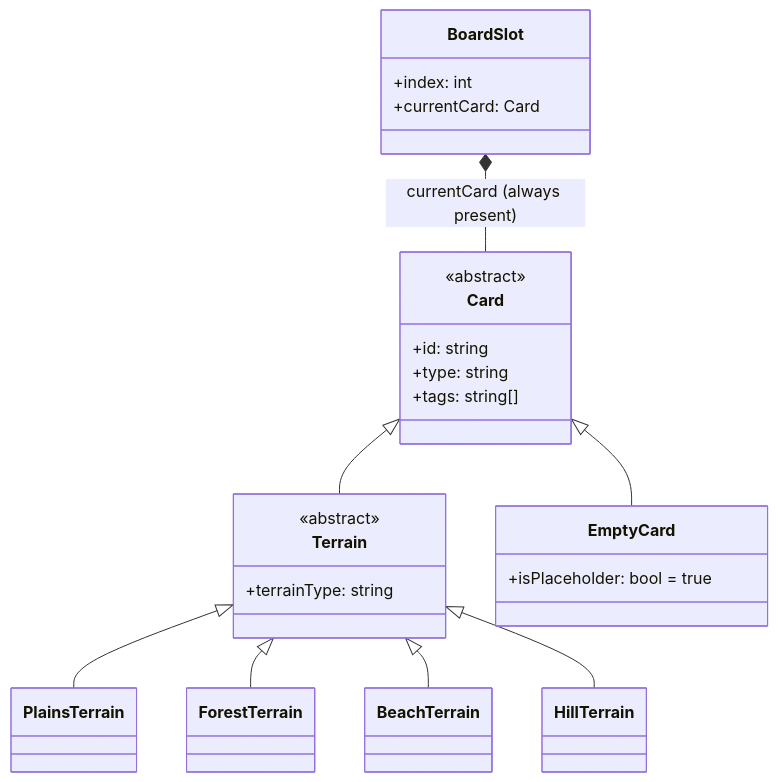
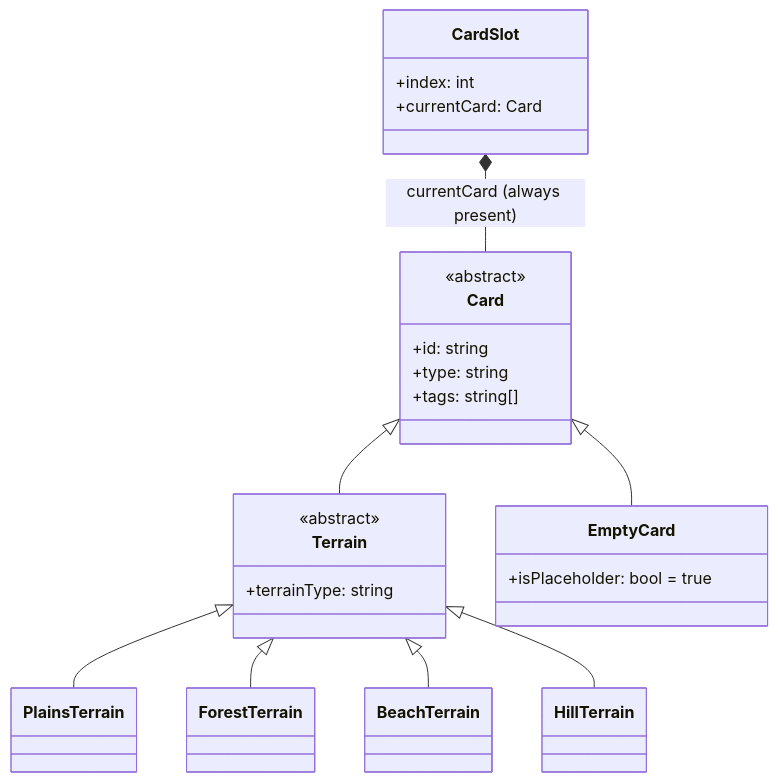
Before and after one commit to AJosephsen/gfxer: the first of 2 diagrams in StrategyGame/data-structure.md, drawn with Mermaid. The commit also changed other lines of this file, not shown here.

Commit message:
docs: rename board slot to card slot in UML

````diff
--- a/StrategyGame/data-structure.md
+++ b/StrategyGame/data-structure.md
@@ -17,36 +17,36 @@
 ```mermaid
 classDiagram
     class Card {
         <<abstract>>
         +id: string
         +type: string
         +tags: string[]
     }
 
     class Terrain {
         <<abstract>>
         +terrainType: string
     }
 
     class PlainsTerrain
     class ForestTerrain
     class BeachTerrain
     class HillTerrain
 
     class EmptyCard {
         +isPlaceholder: bool = true
     }
 
-    class BoardSlot {
+    class CardSlot {
         +index: int
         +currentCard: Card
     }
 
     Card <|-- EmptyCard
     Card <|-- Terrain
     Terrain <|-- PlainsTerrain
     Terrain <|-- ForestTerrain
     Terrain <|-- BeachTerrain
     Terrain <|-- HillTerrain
-    BoardSlot *-- Card : currentCard (always present)
+    CardSlot *-- Card : currentCard (always present)
 ```
````
